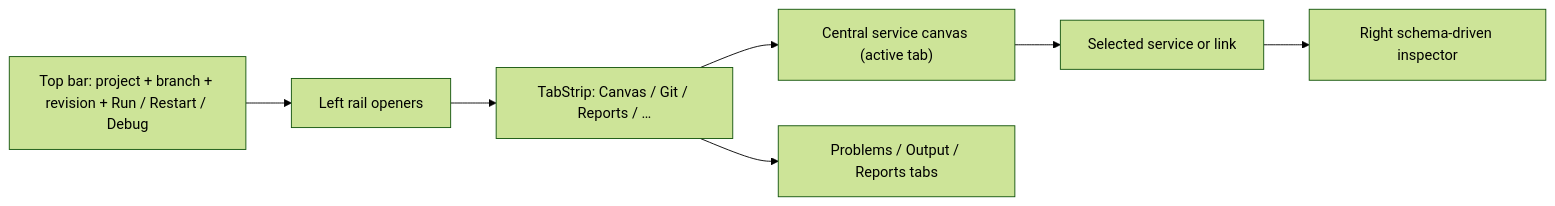
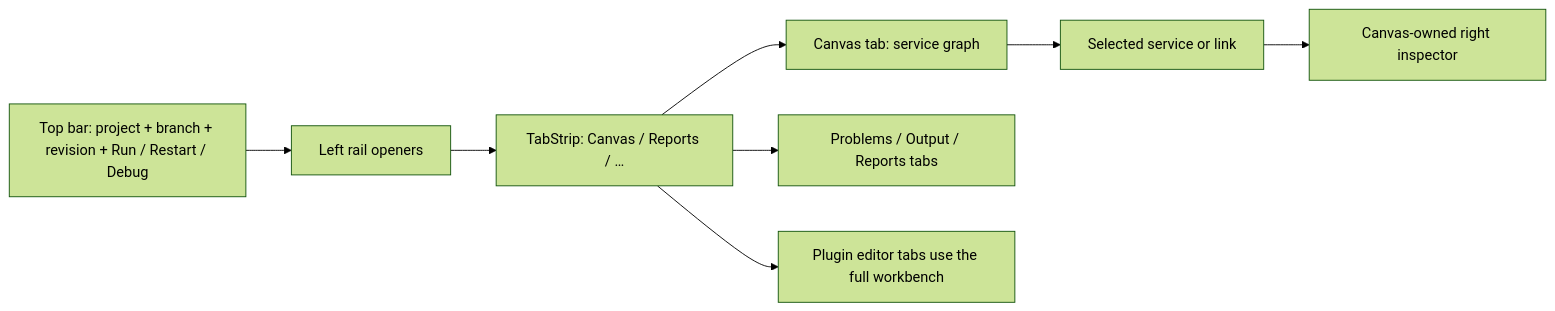
One commit to Liapoldus/studio changed the diagram in docs/core-workspace.md. Above: the diagram before and after it, drawn with Mermaid (forest theme). The commit also changed other lines of this file and 79 other files, not shown here.

````diff
--- a/docs/core-workspace.md
+++ b/docs/core-workspace.md
@@ -11,9 +11,10 @@
 ```mermaid
 flowchart LR
     A["Top bar: project + branch + revision + Run / Restart / Debug"] --> B["Left rail openers"]
-    B --> C["TabStrip: Canvas / Git / Reports / …"]
-    C --> D["Central service canvas (active tab)"]
+    B --> C["TabStrip: Canvas / Reports / …"]
+    C --> D["Canvas tab: service graph"]
     D --> E["Selected service or link"]
-    E --> F["Right schema-driven inspector"]
+    E --> F["Canvas-owned right inspector"]
     C --> G["Problems / Output / Reports tabs"]
+    C --> H["Plugin editor tabs use the full workbench"]
 ```
````
